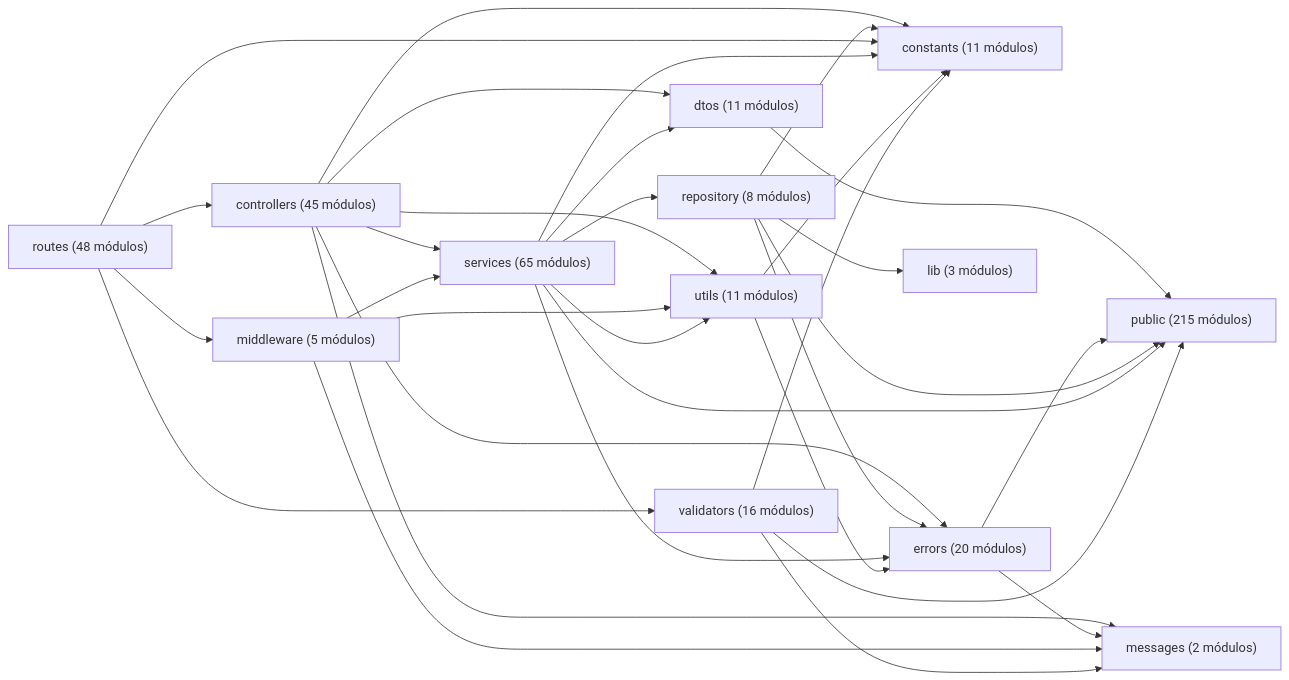
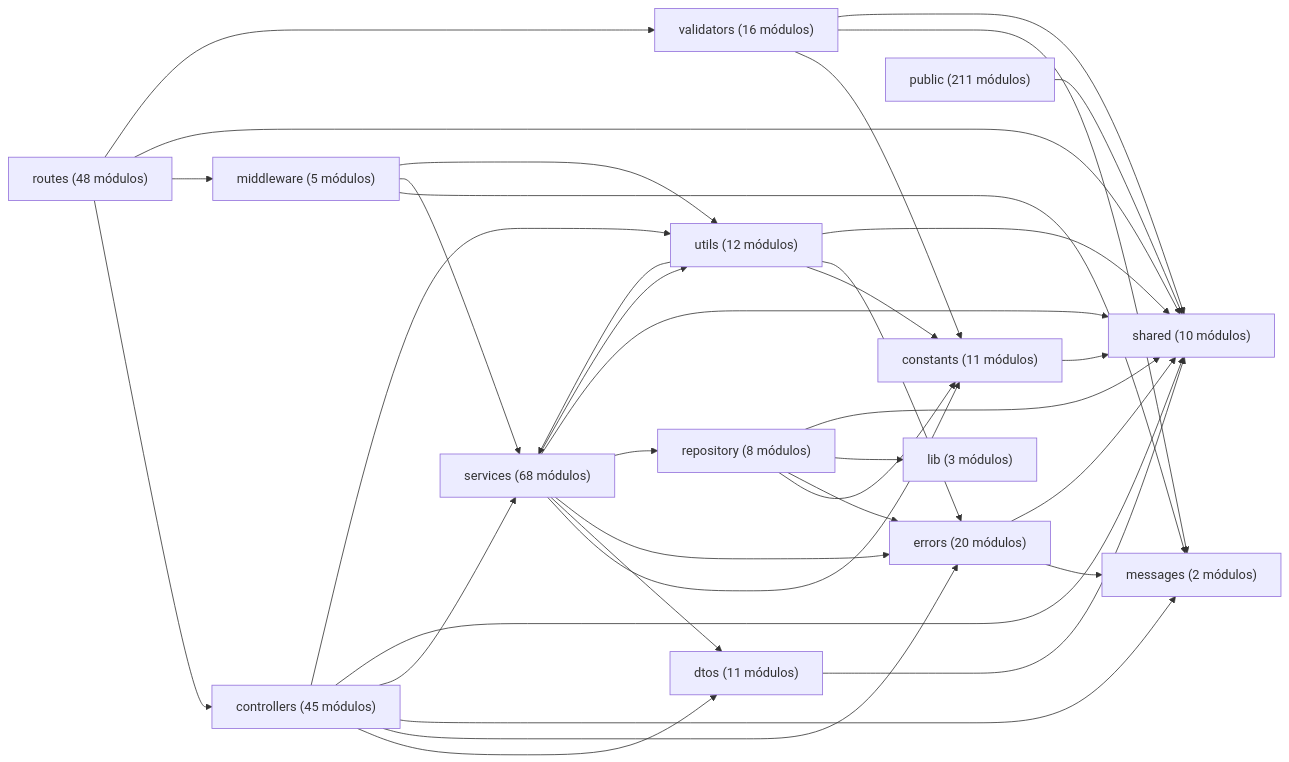
One commit to gpgsistemas01/nexus changed the diagram in docs/architecture/views/development/code-map.md. Above: the diagram before and after it, drawn with Mermaid. The commit also changed other lines of this file and 240 other files, not shown here.

````diff
--- a/docs/architecture/views/development/code-map.md
+++ b/docs/architecture/views/development/code-map.md
@@ -14,34 +14,38 @@
 ```mermaid
 flowchart LR
-    controllers["controllers (45 módulos)"] --> constants["constants (11 módulos)"]
+    constants["constants (11 módulos)"] --> shared["shared (10 módulos)"]
     controllers["controllers (45 módulos)"] --> dtos["dtos (11 módulos)"]
     controllers["controllers (45 módulos)"] --> errors["errors (20 módulos)"]
     controllers["controllers (45 módulos)"] --> messages["messages (2 módulos)"]
-    controllers["controllers (45 módulos)"] --> services["services (65 módulos)"]
-    controllers["controllers (45 módulos)"] --> utils["utils (11 módulos)"]
-    dtos["dtos (11 módulos)"] --> public["public (215 módulos)"]
+    controllers["controllers (45 módulos)"] --> services["services (68 módulos)"]
+    controllers["controllers (45 módulos)"] --> shared["shared (10 módulos)"]
+    controllers["controllers (45 módulos)"] --> utils["utils (12 módulos)"]
+    dtos["dtos (11 módulos)"] --> shared["shared (10 módulos)"]
     errors["errors (20 módulos)"] --> messages["messages (2 módulos)"]
-    errors["errors (20 módulos)"] --> public["public (215 módulos)"]
+    errors["errors (20 módulos)"] --> shared["shared (10 módulos)"]
     middleware["middleware (5 módulos)"] --> messages["messages (2 módulos)"]
-    middleware["middleware (5 módulos)"] --> services["services (65 módulos)"]
-    middleware["middleware (5 módulos)"] --> utils["utils (11 módulos)"]
+    middleware["middleware (5 módulos)"] --> services["services (68 módulos)"]
+    middleware["middleware (5 módulos)"] --> utils["utils (12 módulos)"]
+    public["public (211 módulos)"] --> shared["shared (10 módulos)"]
     repository["repository (8 módulos)"] --> constants["constants (11 módulos)"]
     repository["repository (8 módulos)"] --> errors["errors (20 módulos)"]
     repository["repository (8 módulos)"] --> lib["lib (3 módulos)"]
-    repository["repository (8 módulos)"] --> public["public (215 módulos)"]
-    routes["routes (48 módulos)"] --> constants["constants (11 módulos)"]
+    repository["repository (8 módulos)"] --> shared["shared (10 módulos)"]
     routes["routes (48 módulos)"] --> controllers["controllers (45 módulos)"]
     routes["routes (48 módulos)"] --> middleware["middleware (5 módulos)"]
+    routes["routes (48 módulos)"] --> shared["shared (10 módulos)"]
     routes["routes (48 módulos)"] --> validators["validators (16 módulos)"]
-    services["services (65 módulos)"] --> constants["constants (11 módulos)"]
-    services["services (65 módulos)"] --> dtos["dtos (11 módulos)"]
-    services["services (65 módulos)"] --> errors["errors (20 módulos)"]
-    services["services (65 módulos)"] --> public["public (215 módulos)"]
-    services["services (65 módulos)"] --> repository["repository (8 módulos)"]
-    services["services (65 módulos)"] --> utils["utils (11 módulos)"]
-    utils["utils (11 módulos)"] --> constants["constants (11 módulos)"]
-    utils["utils (11 módulos)"] --> errors["errors (20 módulos)"]
+    services["services (68 módulos)"] --> constants["constants (11 módulos)"]
+    services["services (68 módulos)"] --> dtos["dtos (11 módulos)"]
+    services["services (68 módulos)"] --> errors["errors (20 módulos)"]
+    services["services (68 módulos)"] --> repository["repository (8 módulos)"]
+    services["services (68 módulos)"] --> shared["shared (10 módulos)"]
+    services["services (68 módulos)"] --> utils["utils (12 módulos)"]
+    utils["utils (12 módulos)"] --> constants["constants (11 módulos)"]
+    utils["utils (12 módulos)"] --> errors["errors (20 módulos)"]
+    utils["utils (12 módulos)"] --> services["services (68 módulos)"]
+    utils["utils (12 módulos)"] --> shared["shared (10 módulos)"]
     validators["validators (16 módulos)"] --> constants["constants (11 módulos)"]
     validators["validators (16 módulos)"] --> messages["messages (2 módulos)"]
-    validators["validators (16 módulos)"] --> public["public (215 módulos)"]
+    validators["validators (16 módulos)"] --> shared["shared (10 módulos)"]
 ```
````
